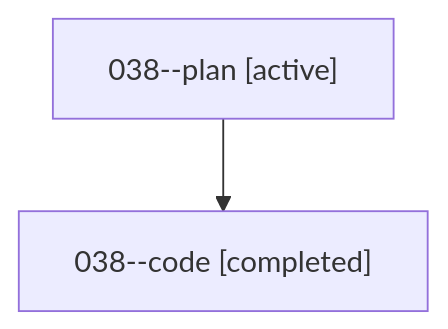
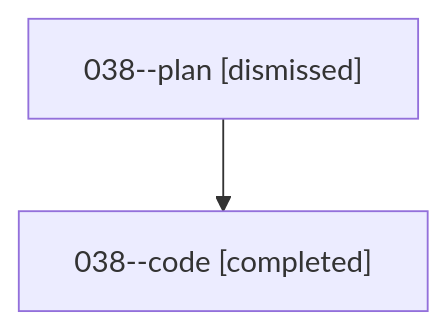
Before and after one commit to sase-org/sase--agents: the diagram in sessions/bbugyi200.athena.038.md, drawn with Mermaid. The commit also changed other lines of this file and 36 other files, not shown here.

````diff
--- a/sessions/bbugyi200.athena.038.md
+++ b/sessions/bbugyi200.athena.038.md
@@ -9,6 +9,6 @@
 ```mermaid
 flowchart TD
-  n0["038--plan [active]"]
+  n0["038--plan [dismissed]"]
   n1["038--code [completed]"]
   n0 --> n1
 ```
````
